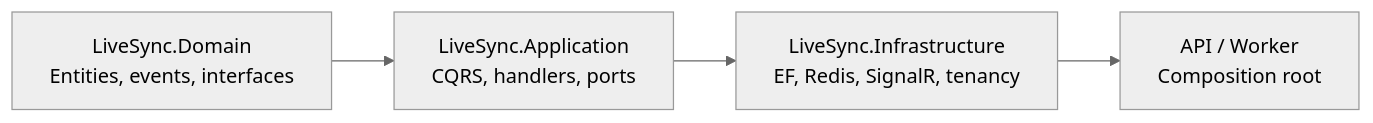
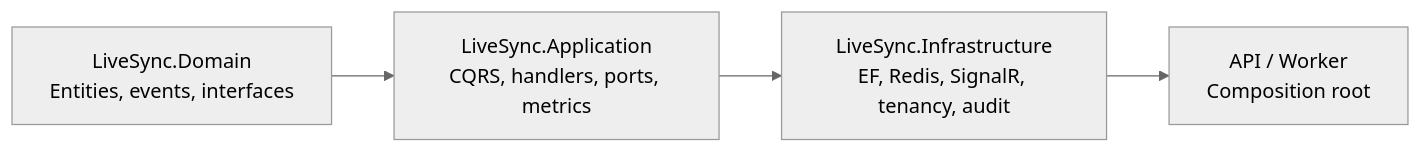
One commit to ismayilov449/LiveSync changed the second of 4 diagrams in LiveSync.PushPlatform/README.md. Above: the diagram before and after it, drawn with Mermaid (neutral theme). The commit also changed other lines of this file and 94 other files, not shown here.

````diff
--- a/LiveSync.PushPlatform/README.md
+++ b/LiveSync.PushPlatform/README.md
@@ -136,9 +149,9 @@
 ```mermaid
 flowchart LR
     D[LiveSync.Domain<br/>Entities, events, interfaces]
-    A[LiveSync.Application<br/>CQRS, handlers, ports]
-    I[LiveSync.Infrastructure<br/>EF, Redis, SignalR, tenancy]
+    A[LiveSync.Application<br/>CQRS, handlers, ports, metrics]
+    I[LiveSync.Infrastructure<br/>EF, Redis, SignalR, tenancy, audit]
     H[API / Worker<br/>Composition root]
 
     D --> A --> I --> H
 ```
````
